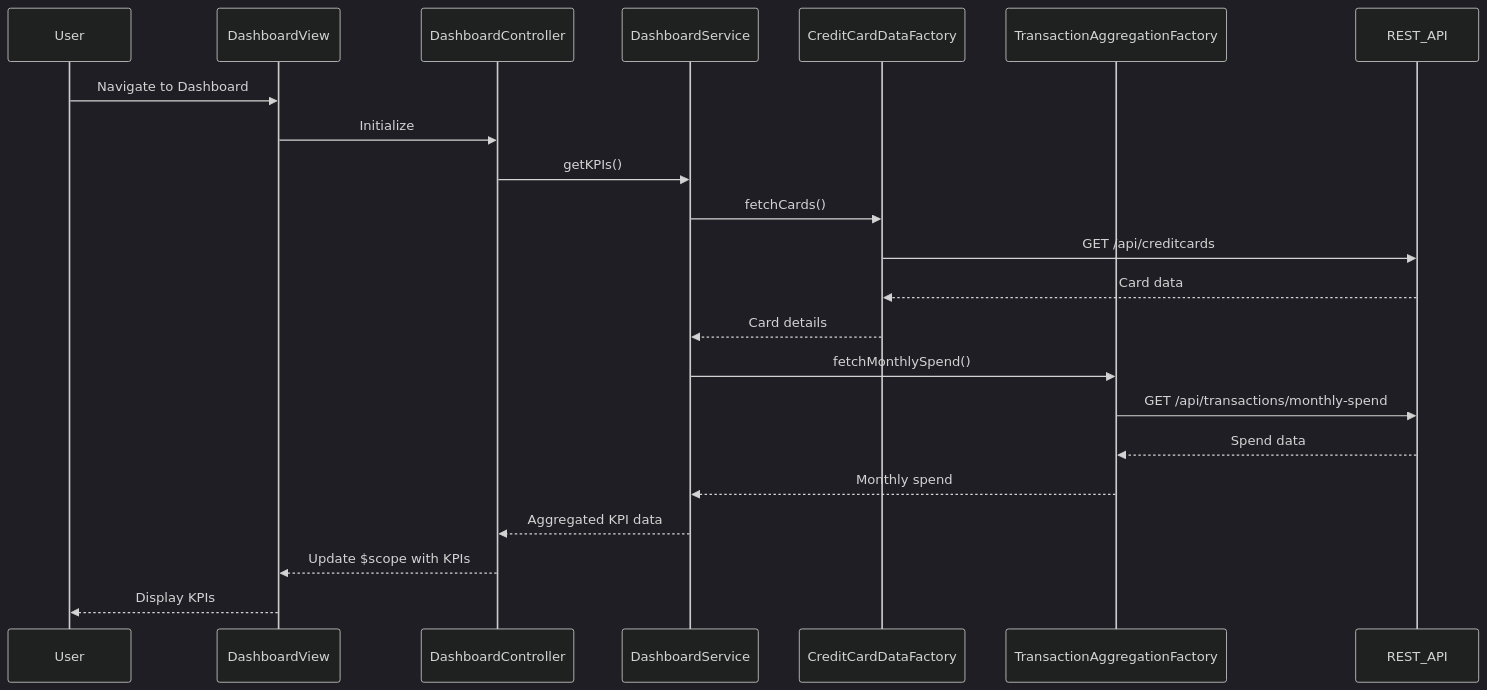
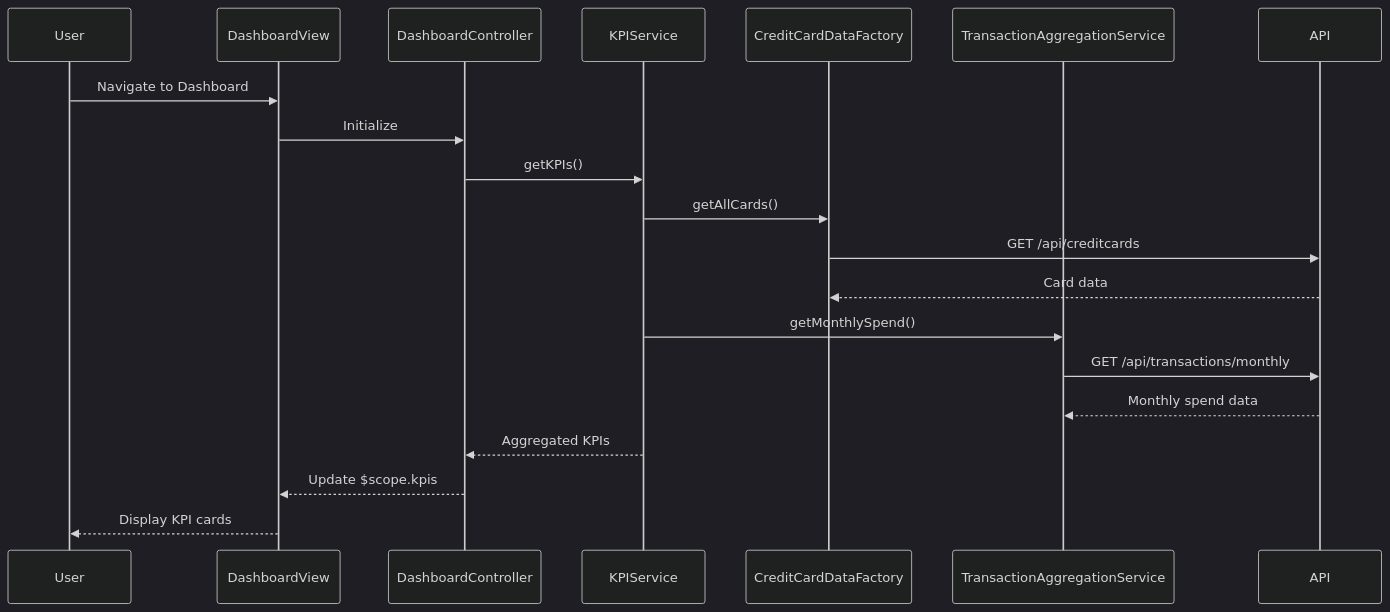
Before and after one commit to AAVA-Demo/APB_Demo: the diagram in LLD/QE-7795_LLD.md, drawn with Mermaid (dark theme). The commit also changed other lines of this file and 5 other files, not shown here.

````diff
--- a/LLD/QE-7795_LLD.md
+++ b/LLD/QE-7795_LLD.md
@@ -83,25 +79,23 @@
 ```mermaid
 sequenceDiagram
     participant User
     participant DashboardView
     participant DashboardController
-    participant DashboardService
+    participant KPIService
     participant CreditCardDataFactory
-    participant TransactionAggregationFactory
-    participant REST_API
+    participant TransactionAggregationService
+    participant API
 
     User->>DashboardView: Navigate to Dashboard
     DashboardView->>DashboardController: Initialize
-    DashboardController->>DashboardService: getKPIs()
-    DashboardService->>CreditCardDataFactory: fetchCards()
-    CreditCardDataFactory->>REST_API: GET /api/creditcards
-    REST_API-->>CreditCardDataFactory: Card data
-    CreditCardDataFactory-->>DashboardService: Card details
-    DashboardService->>TransactionAggregationFactory: fetchMonthlySpend()
-    TransactionAggregationFactory->>REST_API: GET /api/transactions/monthly-spend
-    REST_API-->>TransactionAggregationFactory: Spend data
-    TransactionAggregationFactory-->>DashboardService: Monthly spend
-    DashboardService-->>DashboardController: Aggregated KPI data
-    DashboardController-->>DashboardView: Update $scope with KPIs
-    DashboardView-->>User: Display KPIs
+    DashboardController->>KPIService: getKPIs()
+    KPIService->>CreditCardDataFactory: getAllCards()
+    CreditCardDataFactory->>API: GET /api/creditcards
+    API-->>CreditCardDataFactory: Card data
+    KPIService->>TransactionAggregationService: getMonthlySpend()
+    TransactionAggregationService->>API: GET /api/transactions/monthly
+    API-->>TransactionAggregationService: Monthly spend data
+    KPIService-->>DashboardController: Aggregated KPIs
+    DashboardController-->>DashboardView: Update $scope.kpis
+    DashboardView-->>User: Display KPI cards
 ```
````
